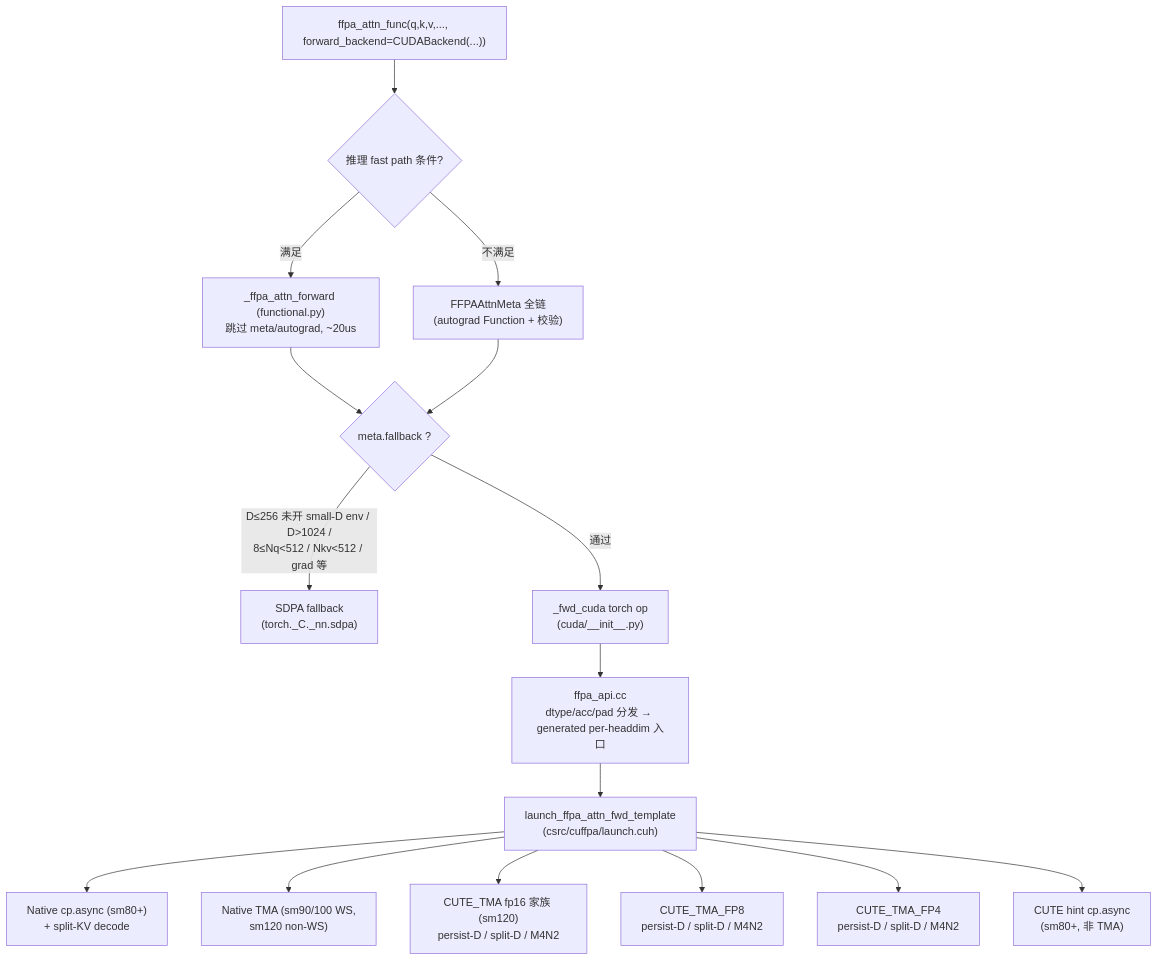
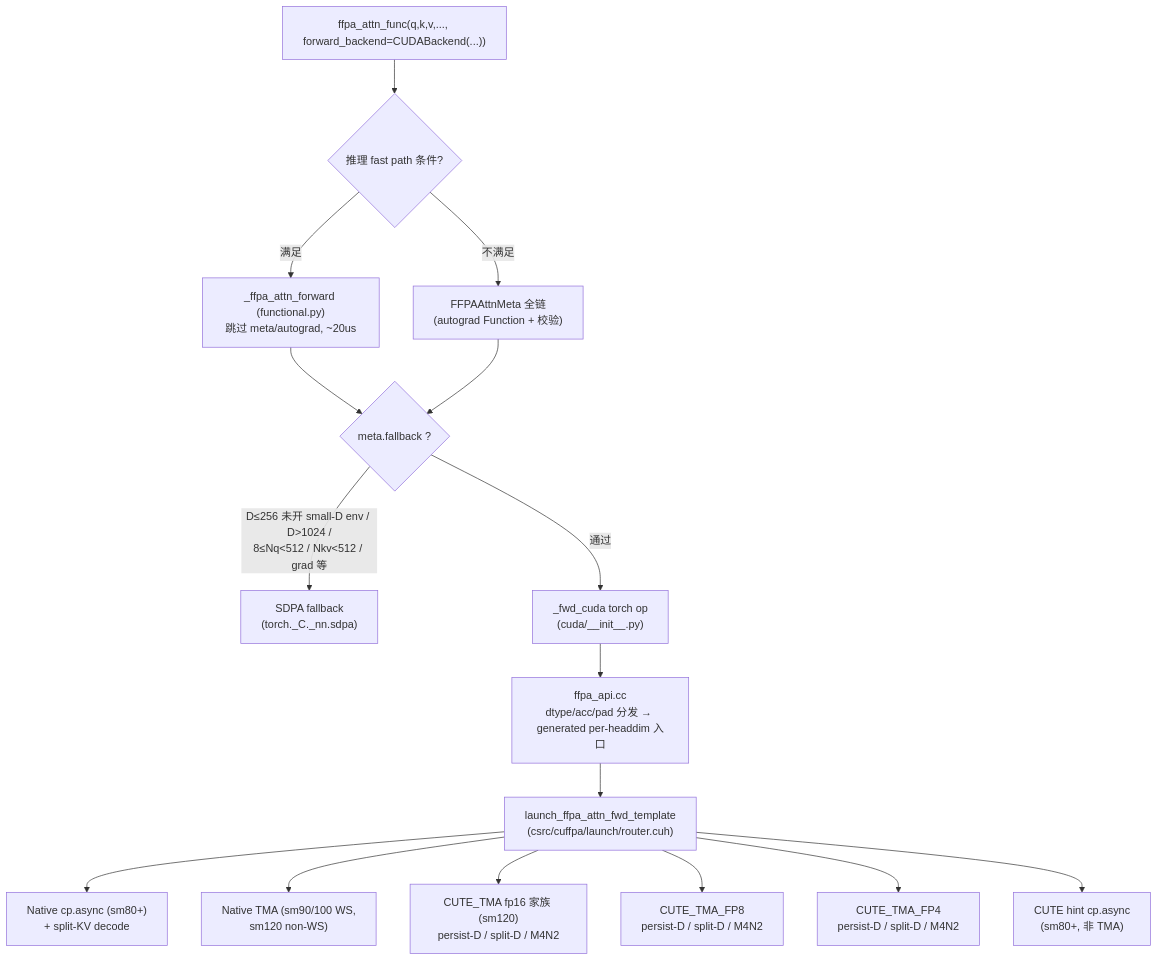
The first of 3 diagrams in .github/skills/ffpa-cuda-understand/SKILL.md (xlite-dev/ffpa-attn), drawn with Mermaid before and after one commit. The commit also changed other lines of this file and 60 other files, not shown here.

````diff
--- a/.github/skills/ffpa-cuda-understand/SKILL.md
+++ b/.github/skills/ffpa-cuda-understand/SKILL.md
@@ -64,18 +65,18 @@
 ```mermaid
 flowchart TD
     A["ffpa_attn_func(q,k,v,..., forward_backend=CUDABackend(...))"] --> B{推理 fast path 条件?}
     B -- 满足 --> C["_ffpa_attn_forward (functional.py)<br/>跳过 meta/autograd, ~20us"]
     B -- 不满足 --> D["FFPAAttnMeta 全链<br/>(autograd Function + 校验)"]
     C --> E{meta.fallback ?}
     D --> E
     E -- D≤256 未开 small-D env / D>1024 /<br/>8≤Nq<512 / Nkv<512 / grad 等 --> F["SDPA fallback<br/>(torch._C._nn.sdpa)"]
     E -- 通过 --> G["_fwd_cuda torch op<br/>(cuda/__init__.py)"]
     G --> H["ffpa_api.cc<br/>dtype/acc/pad 分发 → generated per-headdim 入口"]
-    H --> I["launch_ffpa_attn_fwd_template<br/>(csrc/cuffpa/launch.cuh)"]
+    H --> I["launch_ffpa_attn_fwd_template<br/>(csrc/cuffpa/launch/router.cuh)"]
     I --> J1["Native cp.async (sm80+)<br/>+ split-KV decode"]
     I --> J2["Native TMA (sm90/100 WS,<br/>sm120 non-WS)"]
     I --> J3["CUTE_TMA fp16 家族 (sm120)<br/>persist-D / split-D / M4N2"]
     I --> J4["CUTE_TMA_FP8<br/>persist-D / split-D / M4N2"]
     I --> J5["CUTE_TMA_FP4<br/>persist-D / split-D / M4N2"]
     I --> J6["CUTE hint cp.async<br/>(sm80+, 非 TMA)"]
 ```
````
